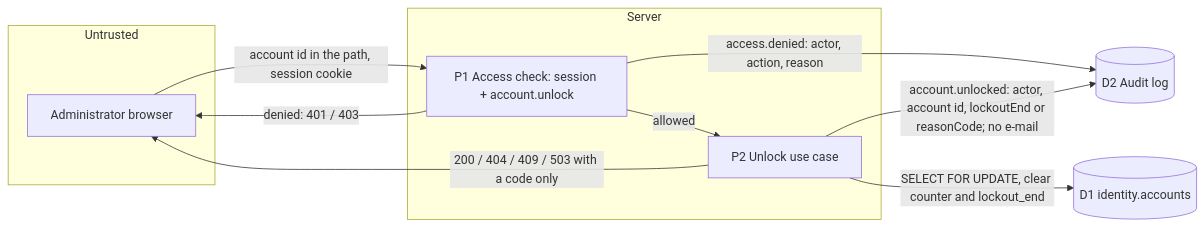
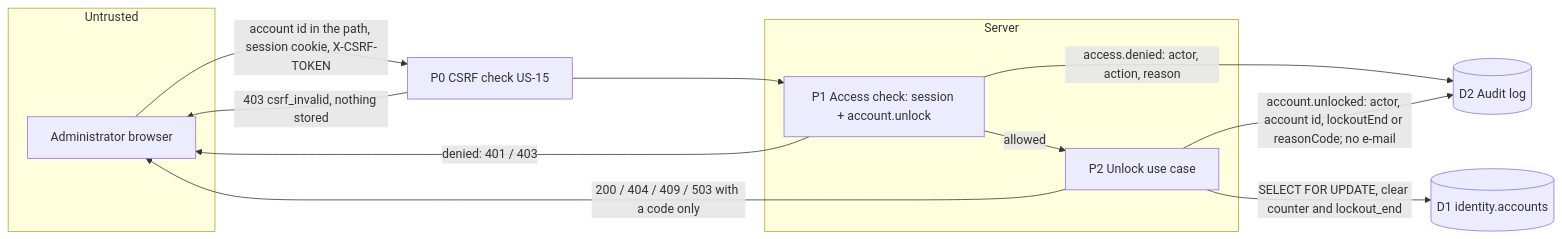
The second of 2 diagrams in docs/components/identity/IDN-05-admin-unlock.md (djufa762x39/security-lab), drawn with Mermaid before and after one commit. The commit also changed other lines of this file and 3 other files, not shown here.

Commit message:
docs(identity): US-15 add the CSRF check to the IDN-05 docs

````diff
--- a/docs/components/identity/IDN-05-admin-unlock.md
+++ b/docs/components/identity/IDN-05-admin-unlock.md
@@ -46,17 +48,19 @@
 ```mermaid
 flowchart LR
   subgraph Untrusted
     U[Administrator browser]
   end
   subgraph Server
     P1[P1 Access check: session + account.unlock]
     P2[P2 Unlock use case]
   end
-  U -->|account id in the path, session cookie| P1
+  U -->|account id in the path, session cookie, X-CSRF-TOKEN| P0[P0 CSRF check US-15]
+  P0 -->|403 csrf_invalid, nothing stored| U
+  P0 --> P1
   P1 -->|denied: 401 / 403| U
   P1 -->|access.denied: actor, action, reason| D2[(D2 Audit log)]
   P1 -->|allowed| P2
   P2 -->|SELECT FOR UPDATE, clear counter and lockout_end| D1[(D1 identity.accounts)]
   P2 -->|account.unlocked: actor, account id, lockoutEnd or reasonCode; no e-mail| D2
   P2 -->|200 / 404 / 409 / 503 with a code only| U
 ```
````
